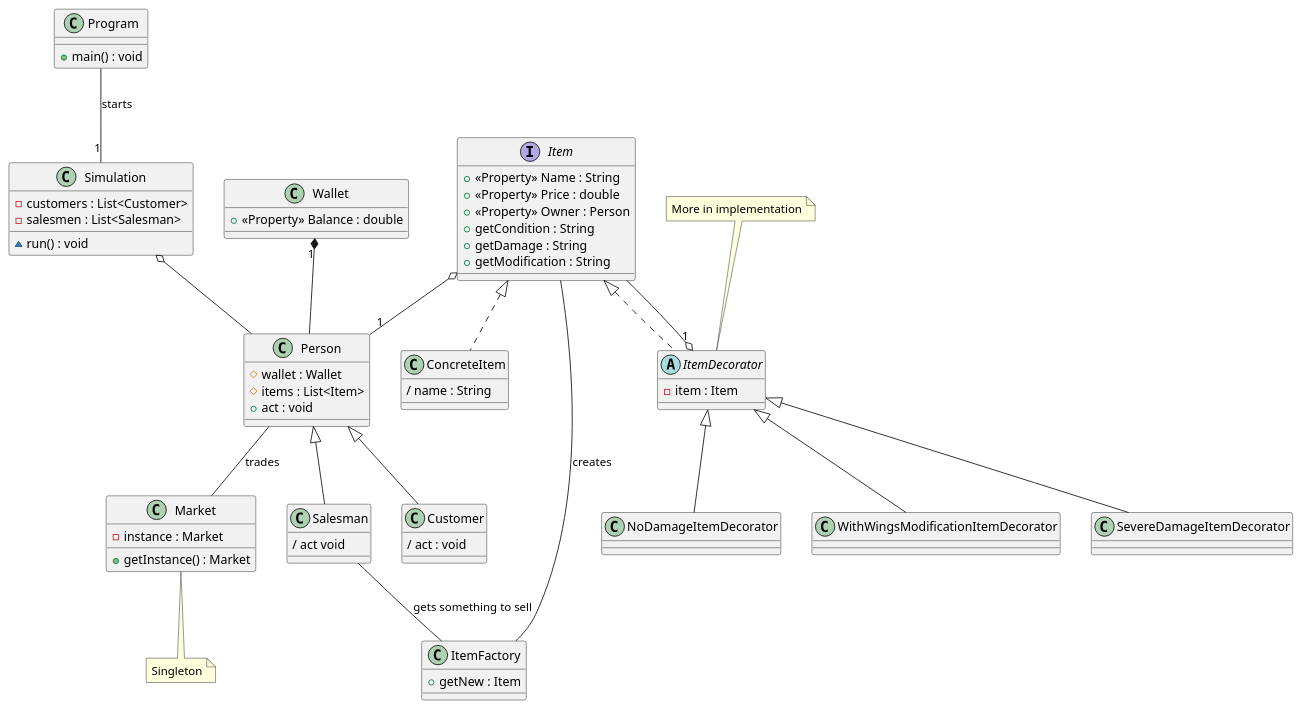
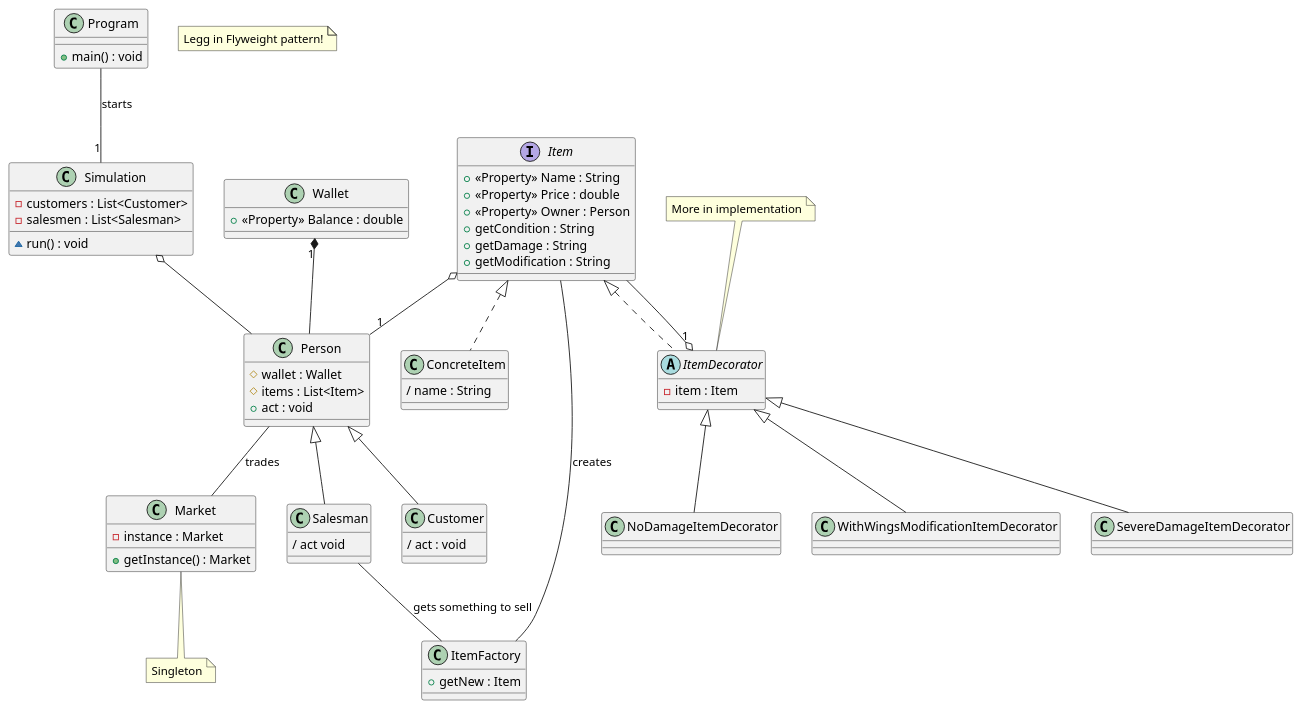
The diagram in diagrams/class/class.puml (olaven/exam-PG3300), drawn with PlantUML before and after one commit. The commit also changed 15 other files, not shown here.

```diff
--- a/diagrams/class/class.puml
+++ b/diagrams/class/class.puml
@@ -1,87 +1,89 @@
 @startuml Class diagram 
 
 
 interface Item {
     + <<Property>> Name : String 
     + <<Property>> Price : double 
     + <<Property>> Owner : Person 
     + getCondition : String
     + getDamage : String
     + getModification : String
 }
 
 Item o-- "1" Person 
 
 class ConcreteItem implements Item {
     / name : String 
 }
 
 abstract ItemDecorator implements Item {
     - item : Item 
 }
 
 ItemDecorator "1" o-- Item 
 
 
 class SevereDamageItemDecorator extends ItemDecorator
 class NoDamageItemDecorator extends ItemDecorator
 class WithWingsModificationItemDecorator extends ItemDecorator
 
 note "More in implementation" as MoreInImplementation
 MoreInImplementation .. ItemDecorator
 
 class ItemFactory {
     + getNew : Item  
 }
 
 ItemFactory -- Item : creates 
 
 class Wallet {
     + <<Property>> Balance : double 
 }
 
 class Person {
     # wallet : Wallet 
     # items : List<Item> 
     + act : void 
 }
 
 Wallet "1" *-- Person
 Person -- Market : trades 
 
 
 class Customer extends Person {
     / act : void 
 }
 
 class Salesman extends Person {
     / act void 
 }
 
 note "Singleton" as singleton
 class Market {
     - instance : Market
     + getInstance() : Market    
 }
 
 Market .. singleton
 
 
 class Program { 
     + main() : void
 }
 
 class Simulation {
     - customers : List<Customer> 
     - salesmen : List<Salesman> 
     ~ run() : void 
 }
 
 Program -- "1" Simulation : starts
 Simulation o-- Person
 
+note "Legg in Flyweight pattern!" as flnote
+
 
 Salesman -- ItemFactory : gets something to sell 
 
 
 @enduml
```
